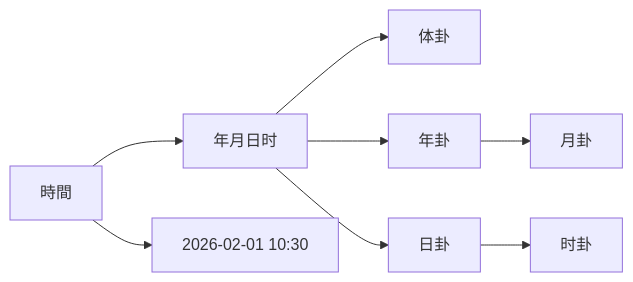
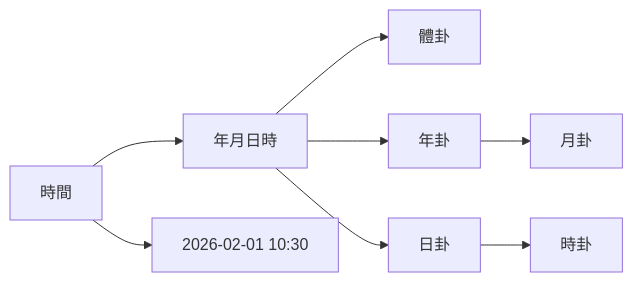
The third of 13 diagrams in 3 Resources/04-Interests/易学/03-占卜方法/梅花易数入门.md (kmjade/knowledge-value), drawn with Mermaid before and after one commit. The commit also changed other lines of this file and 49 other files, not shown here.

````diff
--- a/3 Resources/04-Interests/易学/03-占卜方法/梅花易数入门.md
+++ b/3 Resources/04-Interests/易学/03-占卜方法/梅花易数入门.md
@@ -101,9 +101,9 @@
 ```mermaid
 graph LR
-    A[時間] --> B[年月日时] --> C[体卦]
+    A[時間] --> B[年月日時] --> C[體卦]
     
     A --> A1[2026-02-01 10:30]
     
     B --> B1[年卦] --> C1[月卦]
-    B --> B2[日卦] --> C2[时卦]
+    B --> B2[日卦] --> C2[時卦]
 ```
````
